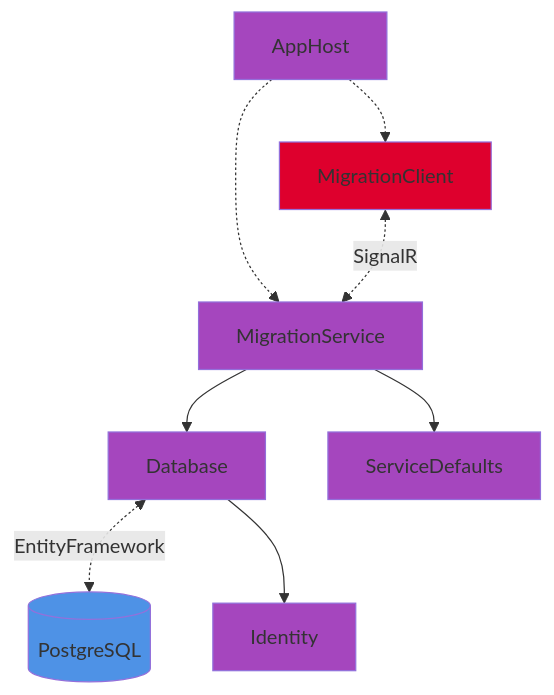
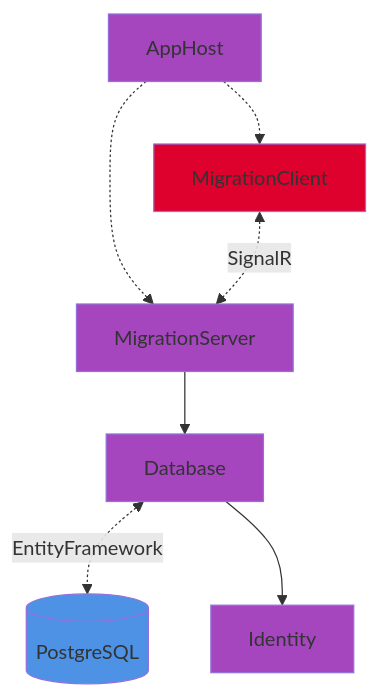
The third of 3 diagrams in src/MrHotel/AppHost/README.md (RafaMadera18/CS_Equipo4), drawn with Mermaid before and after one commit. The commit also changed other lines of this file and 1 other file, not shown here.

````diff
--- a/src/MrHotel/AppHost/README.md
+++ b/src/MrHotel/AppHost/README.md
@@ -91,18 +92,16 @@
 ```mermaid
 graph TD
     style AppHost fill:#a546be
-    style MigrationService fill:#a546be
+    style MigrationServer fill:#a546be
     style Database fill:#a546be
-    style ServiceDefaults fill:#a546be
     style MigrationClient fill:#de002d
     style db fill:#4e92e6
     style Identity fill:#a546be
 
     AppHost -.-> MigrationClient
-    AppHost -.-> MigrationService
-    MigrationService --> Database
-    MigrationService --> ServiceDefaults
-    MigrationClient <-.->|SignalR| MigrationService
+    AppHost -.-> MigrationServer
+    MigrationServer --> Database
+    MigrationClient <-.->|SignalR| MigrationServer
     Database <-.->|EntityFramework| db[(PostgreSQL)]
     Database --> Identity
 ```
````
